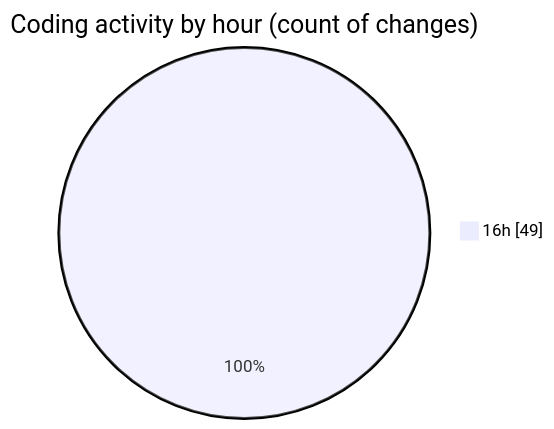
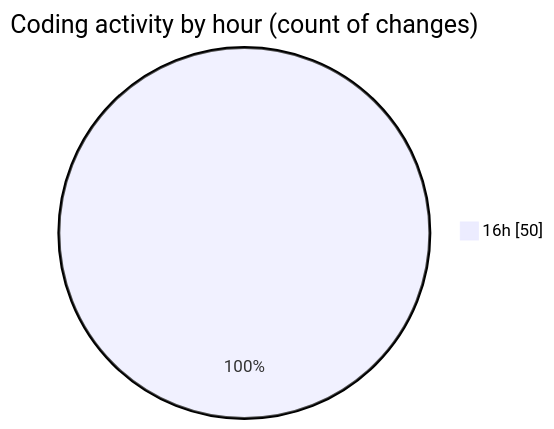
Before and after one commit to momahboobian/code-tracking: the second of 2 diagrams in 2026-07-31/broadcaster-playout-dashboard/README.md, drawn with Mermaid. The commit also changed other lines of this file and 1 other file, not shown here.

````diff
--- a/2026-07-31/broadcaster-playout-dashboard/README.md
+++ b/2026-07-31/broadcaster-playout-dashboard/README.md
@@ -43,5 +43,5 @@
 ```mermaid
 pie showData
 title Coding activity by hour (count of changes)
-"16h" : 49
+"16h" : 50
 ```
````
